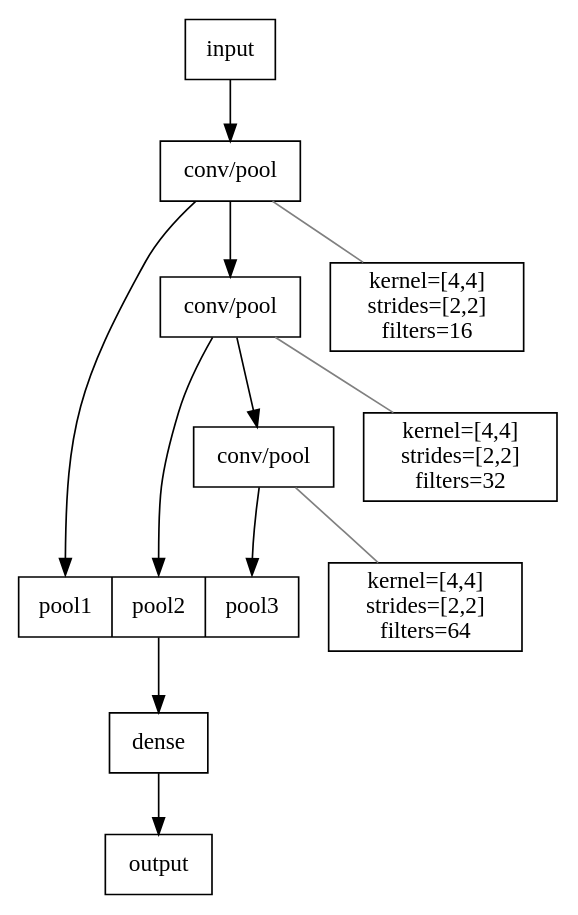
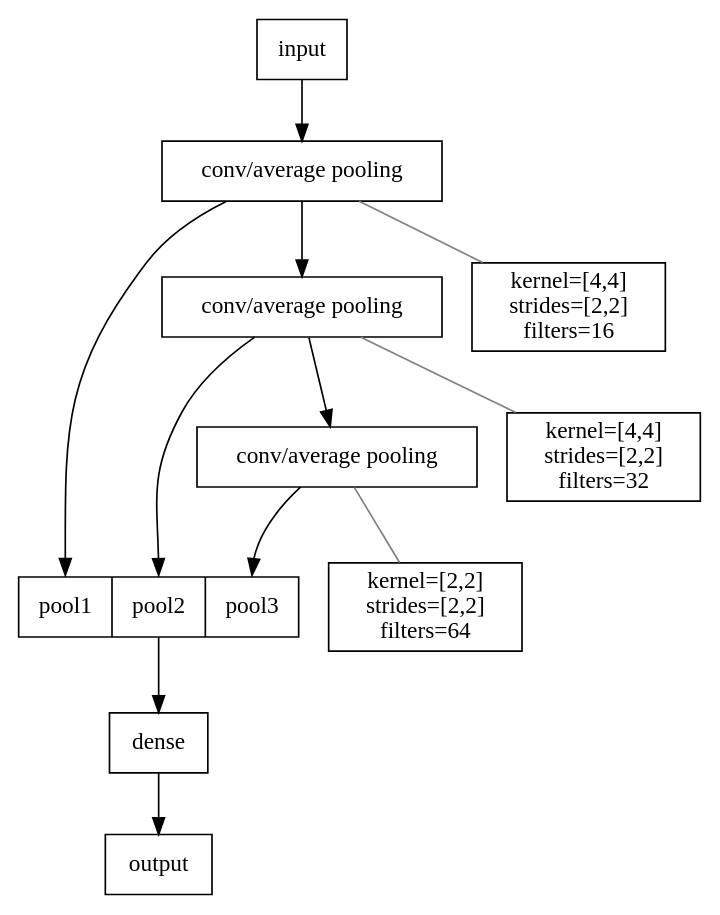
The diagram in doc/graph.gv (zpreisler/tensorflow_CNN), drawn with Graphviz before and after one commit. The commit also changed 11 other files, not shown here.

```diff
--- a/doc/graph.gv
+++ b/doc/graph.gv
@@ -1,32 +1,32 @@
 digraph CNN {
 	node [shape =record];
 
 	flat [label = "{  { <f0> pool1 | <f1> pool2 | <f2> pool3 }  } "];
-	conv1 [label ="conv/pool"];
-	conv2 [label ="conv/pool"];
-	conv3 [label ="conv/pool"];
+	conv1 [label ="conv/average pooling"];
+	conv2 [label ="conv/average pooling"];
+	conv3 [label ="conv/average pooling"];
 
 	d1 [label = "kernel=[4,4]\n strides=[2,2]\n filters=16"]
 	d2 [label = "kernel=[4,4]\n strides=[2,2]\n filters=32"]
-	d3 [label = "kernel=[4,4]\n strides=[2,2]\n filters=64"]
+	d3 [label = "kernel=[2,2]\n strides=[2,2]\n filters=64"]
 
 	subgraph A {
 		edge [dir=none, color=gray]
 		conv1 -> d1;
 		conv2 -> d2;
 		conv3 -> d3;
 	}
 
 	input -> conv1;
 	conv1 -> conv2;
 	conv2 -> conv3;
 	conv1 -> "flat":f0;
 	conv2 -> "flat":f1;
 	conv3 -> "flat":f2;
 
 	subgraph c_1 {
 		label="Subgraph B";
 		flat -> dense;
 		dense -> output;
 	}
 }
```
